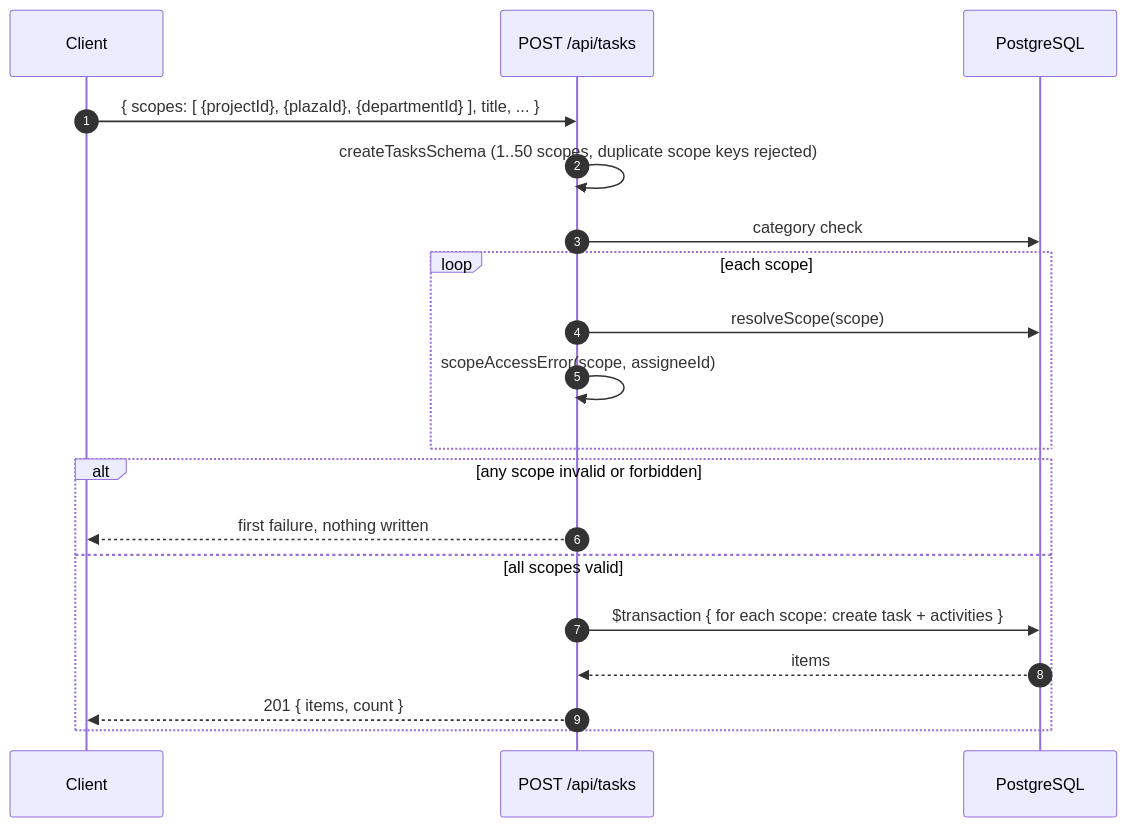
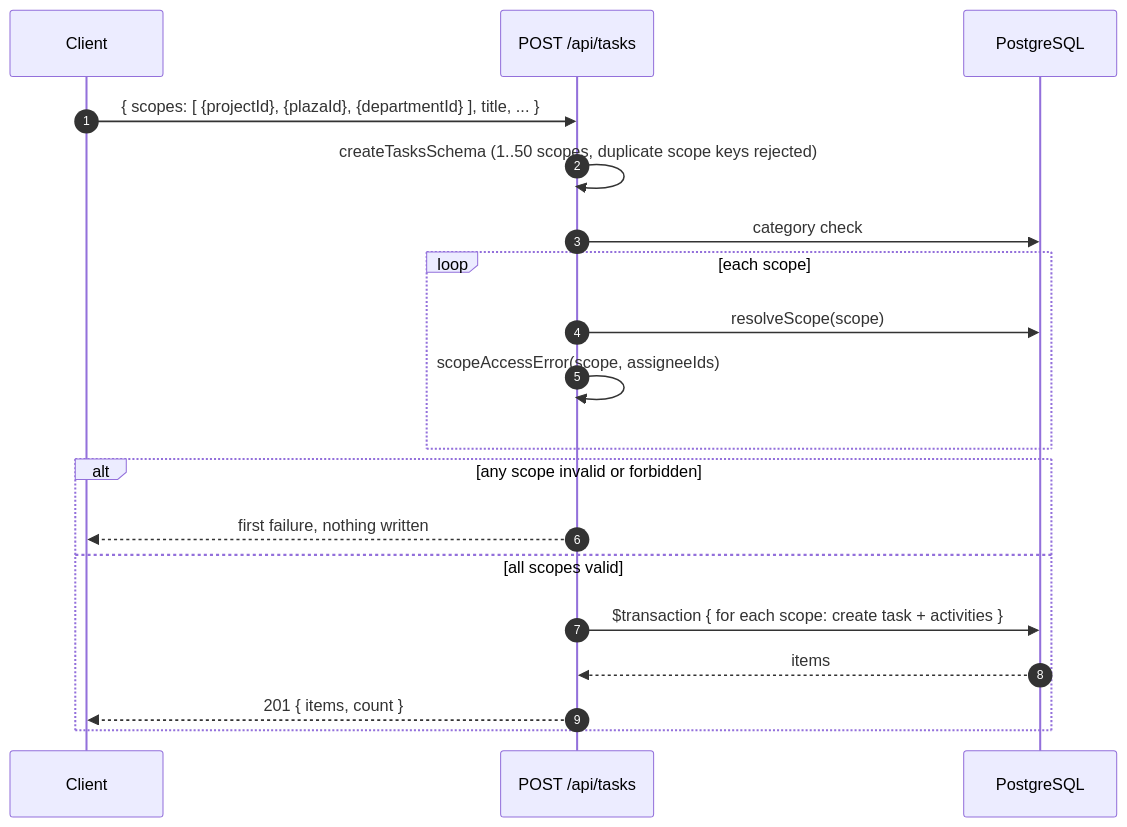
Before and after one commit to akash3114/Project_Site_Tracker: the fifth of 15 diagrams in docs/SEQUENCES.md, drawn with Mermaid. The commit also changed other lines of this file and 11 other files, not shown here.

````diff
--- a/docs/SEQUENCES.md
+++ b/docs/SEQUENCES.md
@@ -263,22 +271,22 @@
 ```mermaid
 sequenceDiagram
   autonumber
   participant C as Client
   participant R as POST /api/tasks
   participant D as PostgreSQL
 
   C->>R: { scopes: [ {projectId}, {plazaId}, {departmentId} ], title, ... }
   R->>R: createTasksSchema (1..50 scopes, duplicate scope keys rejected)
   R->>D: category check
   loop each scope
     R->>D: resolveScope(scope)
-    R->>R: scopeAccessError(scope, assigneeId)
+    R->>R: scopeAccessError(scope, assigneeIds)
   end
   alt any scope invalid or forbidden
     R-->>C: first failure, nothing written
   else all scopes valid
     R->>D: $transaction { for each scope: create task + activities }
     D-->>R: items
     R-->>C: 201 { items, count }
   end
 ```
````
